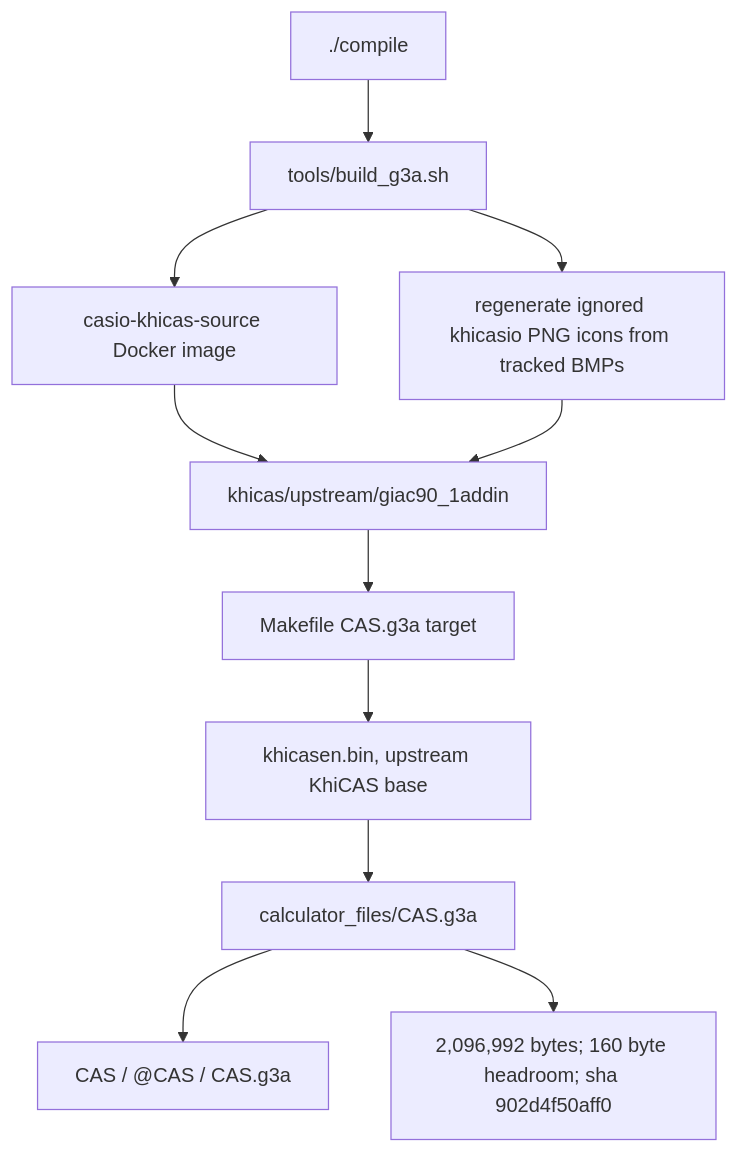
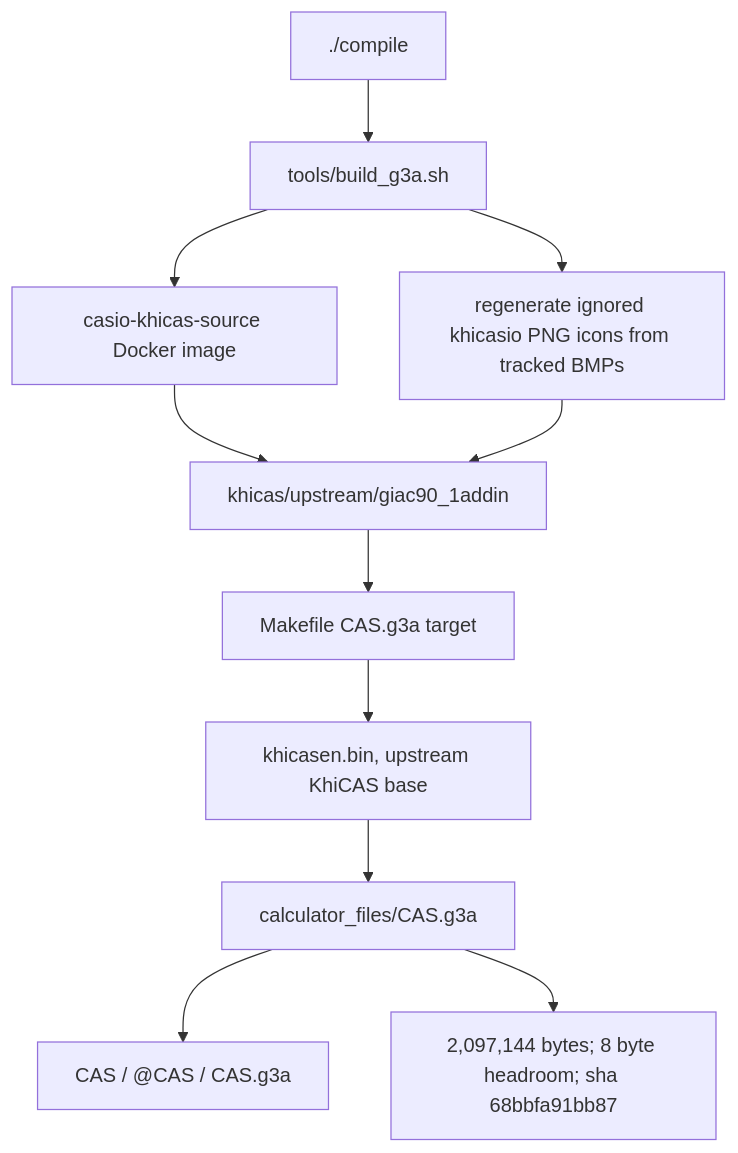
The first of 6 diagrams in docs/GRAPH.md (james8464/notes-addin-casio-fx-cg50), drawn with Mermaid before and after one commit. The commit also changed other lines of this file and 6 other files, not shown here.

````diff
--- a/docs/GRAPH.md
+++ b/docs/GRAPH.md
@@ -7,13 +7,13 @@
 ```mermaid
 graph TD
   Compile["./compile"] --> Build["tools/build_g3a.sh"]
   Build --> Docker["casio-khicas-source Docker image"]
   Docker --> Src["khicas/upstream/giac90_1addin"]
   Build --> Icons["regenerate ignored khicasio PNG icons from tracked BMPs"]
   Icons --> Src
   Src --> Make["Makefile CAS.g3a target"]
   Make --> Bin["khicasen.bin, upstream KhiCAS base"]
   Bin --> G3A["calculator_files/CAS.g3a"]
   G3A --> Meta["CAS / @CAS / CAS.g3a"]
-  G3A --> Size["2,096,992 bytes; 160 byte headroom; sha 902d4f50aff0"]
+  G3A --> Size["2,097,144 bytes; 8 byte headroom; sha 68bbfa91bb87"]
 ```
````
